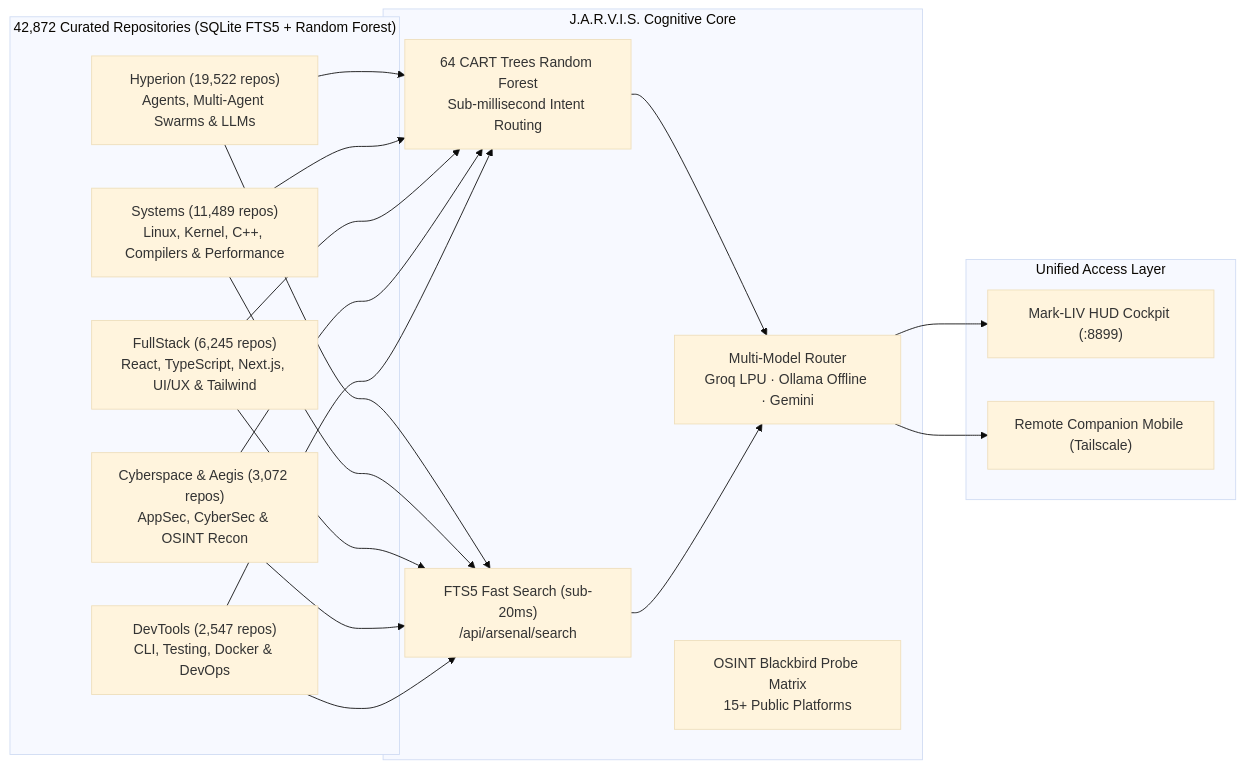
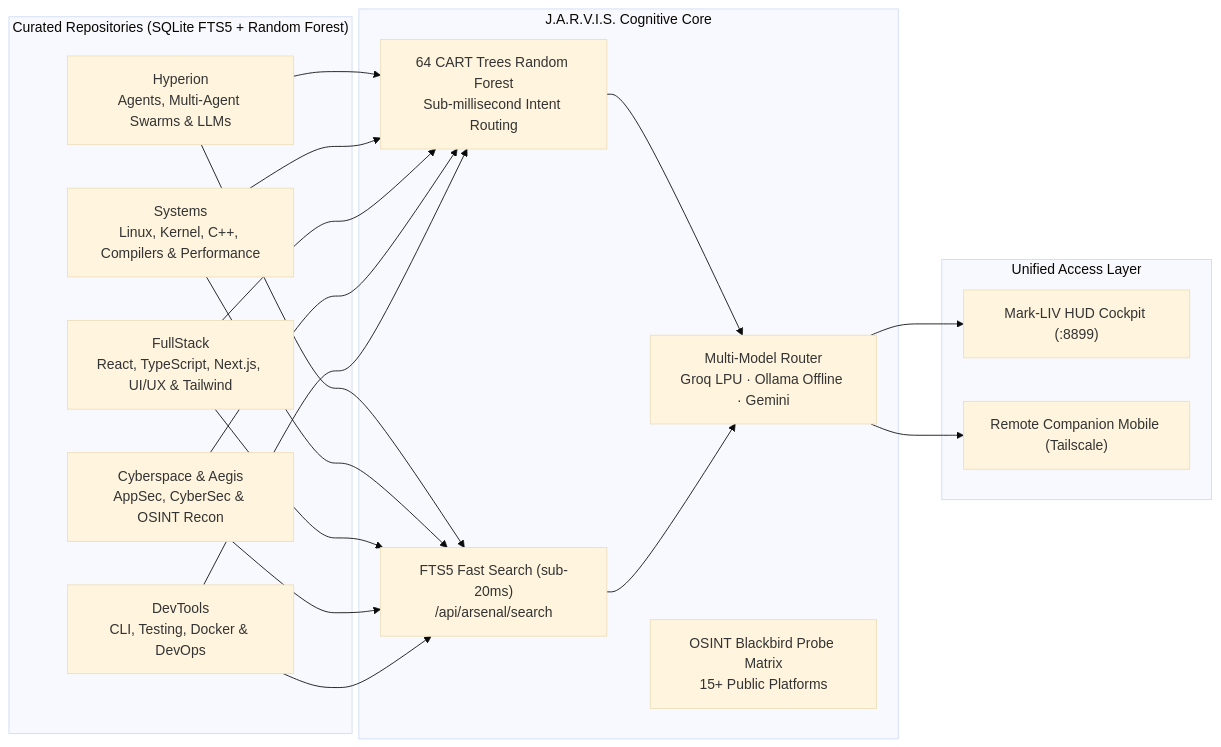
The fourth of 4 diagrams in README.md (robertoatila/jarvis-skill-registry), drawn with Mermaid (base theme) before and after one commit. The commit also changed other lines of this file and 20 other files, not shown here.

````diff
--- a/README.md
+++ b/README.md
@@ -249,24 +249,24 @@
 ```mermaid
 flowchart LR
-    subgraph ARSENAL["42,872 Curated Repositories (SQLite FTS5 + Random Forest)"]
-        H["Hyperion (19,522 repos)<br/>Agents, Multi-Agent Swarms & LLMs"]
-        S["Systems (11,489 repos)<br/>Linux, Kernel, C++, Compilers & Performance"]
-        F["FullStack (6,245 repos)<br/>React, TypeScript, Next.js, UI/UX & Tailwind"]
-        C["Cyberspace & Aegis (3,072 repos)<br/>AppSec, CyberSec & OSINT Recon"]
-        D["DevTools (2,547 repos)<br/>CLI, Testing, Docker & DevOps"]
+    subgraph ARSENAL["Curated Repositories (SQLite FTS5 + Random Forest)"]
+        H["Hyperion<br/>Agents, Multi-Agent Swarms & LLMs"]
+        S["Systems<br/>Linux, Kernel, C++, Compilers & Performance"]
+        F["FullStack<br/>React, TypeScript, Next.js, UI/UX & Tailwind"]
+        C["Cyberspace & Aegis<br/>AppSec, CyberSec & OSINT Recon"]
+        D["DevTools<br/>CLI, Testing, Docker & DevOps"]
     end
     subgraph ENGINE["J.A.R.V.I.S. Cognitive Core"]
         RF["64 CART Trees Random Forest<br/>Sub-millisecond Intent Routing"]
         FTS["FTS5 Fast Search (sub-20ms)<br/>/api/arsenal/search"]
         ROUTER["Multi-Model Router<br/>Groq LPU · Ollama Offline · Gemini"]
         OSINT["OSINT Blackbird Probe Matrix<br/>15+ Public Platforms"]
     end
     subgraph ACCESS["Unified Access Layer"]
         HUD["Mark-LIV HUD Cockpit (:8899)"]
         REMOTE["Remote Companion Mobile (Tailscale)"]
     end
 
     H & S & F & C & D --> RF & FTS
     RF & FTS --> ROUTER
     ROUTER --> HUD & REMOTE
 ```
````
